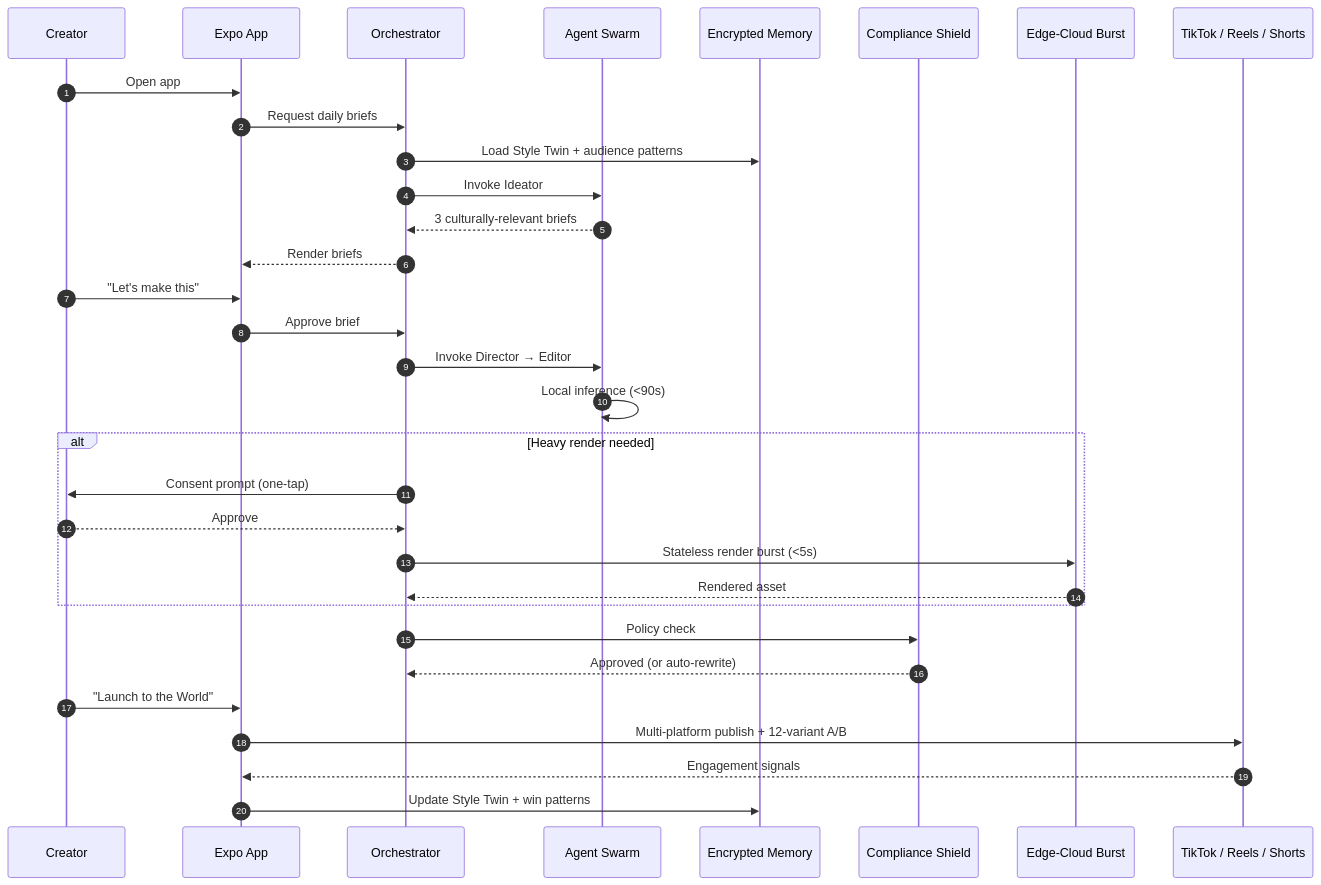
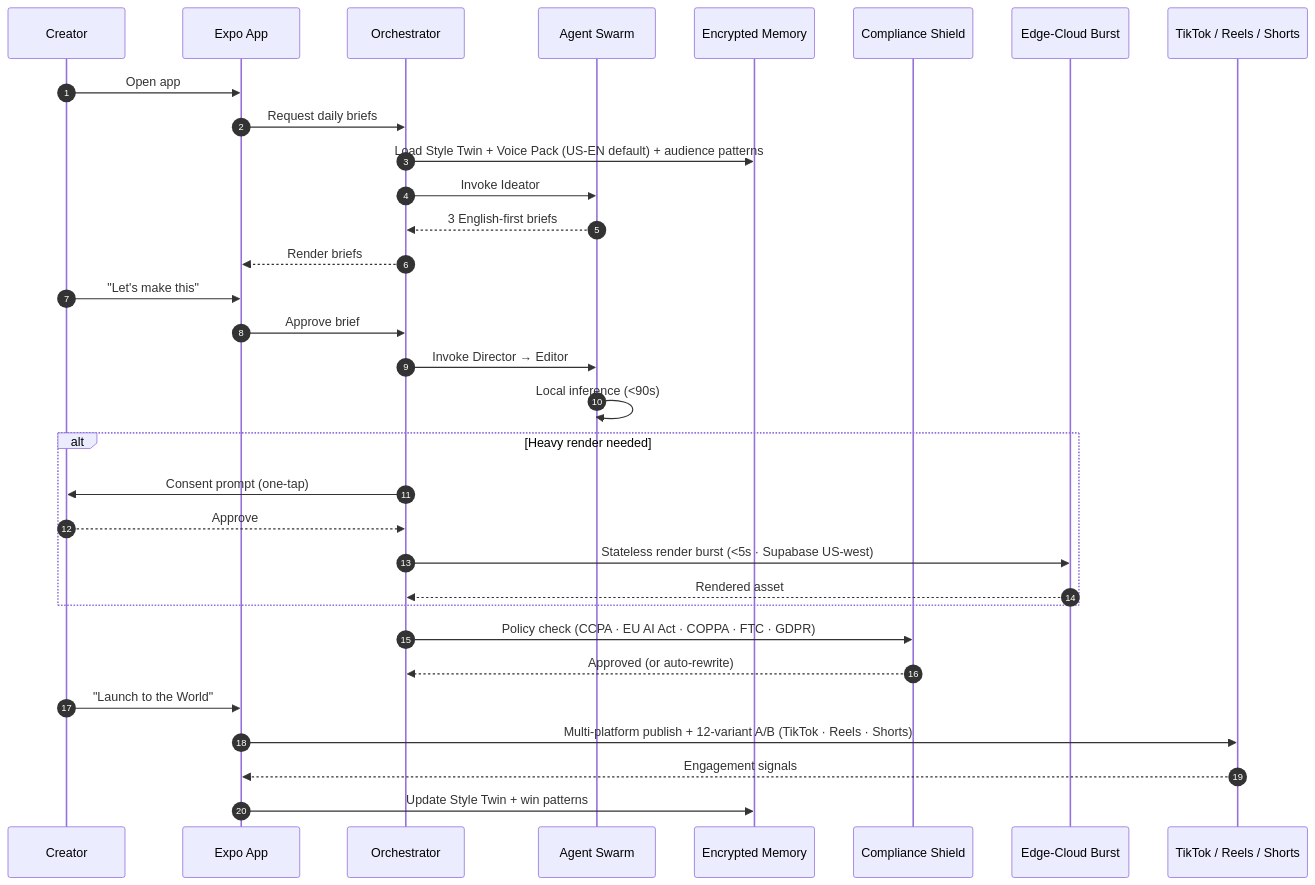
One commit to beurni2/Lumia changed the second of 2 diagrams in ARCHITECTURE.md. Above: the diagram before and after it, drawn with Mermaid. The commit also changed other lines of this file and 15 other files, not shown here.

First line of the commit message:
Update the app to focus on English-speaking markets and improve creator experience

````diff
--- a/ARCHITECTURE.md
+++ b/ARCHITECTURE.md
@@ -111,37 +128,37 @@
 ```mermaid
 sequenceDiagram
     autonumber
     participant Creator
     participant App as Expo App
     participant Orch as Orchestrator
     participant Swarm as Agent Swarm
     participant Memory as Encrypted Memory
     participant Shield as Compliance Shield
     participant Burst as Edge-Cloud Burst
     participant Platform as TikTok / Reels / Shorts
 
     Creator->>App: Open app
     App->>Orch: Request daily briefs
-    Orch->>Memory: Load Style Twin + audience patterns
+    Orch->>Memory: Load Style Twin + Voice Pack (US-EN default) + audience patterns
     Orch->>Swarm: Invoke Ideator
-    Swarm-->>Orch: 3 culturally-relevant briefs
+    Swarm-->>Orch: 3 English-first briefs
     Orch-->>App: Render briefs
     Creator->>App: "Let's make this"
     App->>Orch: Approve brief #2
     Orch->>Swarm: Invoke Director → Editor
     Swarm->>Swarm: Local inference (<90s)
 
     alt Heavy render needed
         Orch->>Creator: Consent prompt (one-tap)
         Creator-->>Orch: Approve
-        Orch->>Burst: Stateless render burst (<5s)
+        Orch->>Burst: Stateless render burst (<5s · Supabase US-west)
         Burst-->>Orch: Rendered asset
     end
 
-    Orch->>Shield: Policy check
+    Orch->>Shield: Policy check (CCPA · EU AI Act · COPPA · FTC · GDPR)
     Shield-->>Orch: Approved (or auto-rewrite)
     Creator->>App: "Launch to the World"
-    App->>Platform: Multi-platform publish + 12-variant A/B
+    App->>Platform: Multi-platform publish + 12-variant A/B (TikTok · Reels · Shorts)
     Platform-->>App: Engagement signals
     App->>Memory: Update Style Twin + win patterns
 ```
````
